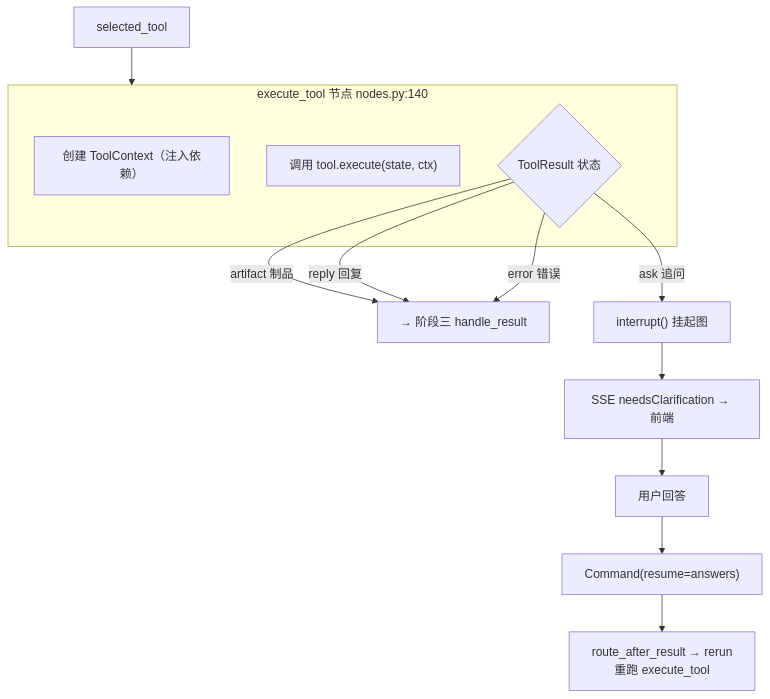
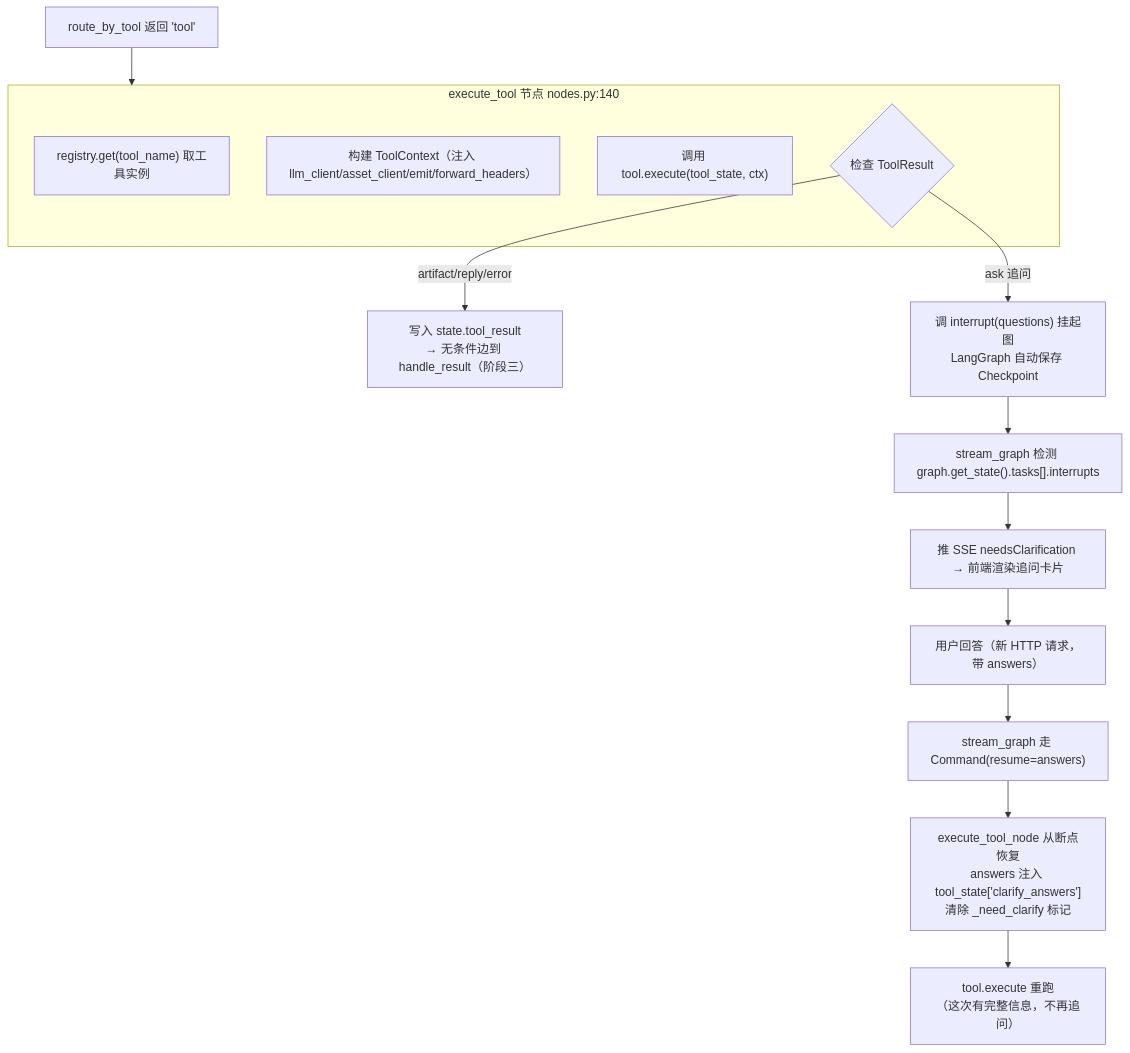
Before and after one commit to 996Code/llm-to-modeler: the fourth of 15 diagrams in doc/系统架构与学习指南.md, drawn with Mermaid. The commit also changed other lines of this file, not shown here.

First line of the commit message:
fix: 全面修正调用链断联 + 状态机图 + 行号 + 衔接说明

````diff
--- a/doc/系统架构与学习指南.md
+++ b/doc/系统架构与学习指南.md
@@ -102,20 +106,21 @@
 ```mermaid
 flowchart TD
-    Tool["selected_tool"] --> Execute
+    Entry["route_by_tool 返回 'tool'"] --> ExecuteNode
 
-    subgraph Execute["execute_tool 节点 nodes.py:140"]
-        E1["创建 ToolContext（注入依赖）"]
-        E2["调用 tool.execute(state, ctx)"]
-        E3{"ToolResult 状态"}
+    subgraph ExecuteNode["execute_tool 节点 nodes.py:140"]
+        E1["registry.get(tool_name) 取工具实例"]
+        E2["构建 ToolContext（注入 llm_client/asset_client/emit/forward_headers）"]
+        E3["调用 tool.execute(tool_state, ctx)"]
+        E4{"检查 ToolResult"}
     end
 
-    E3 -->|artifact 制品| Handle["→ 阶段三 handle_result"]
-    E3 -->|reply 回复| Handle
-    E3 -->|ask 追问| Interrupt["interrupt() 挂起图"]
-    E3 -->|error 错误| Handle
+    E4 -->|artifact/reply/error| ToHandle["写入 state.tool_result<br/>→ 无条件边到 handle_result（阶段三）"]
+    E4 -->|ask 追问| Interrupt["调 interrupt(questions) 挂起图<br/>LangGraph 自动保存 Checkpoint"]
 
-    Interrupt --> SSE["SSE needsClarification → 前端"]
-    SSE --> User["用户回答"]
-    User --> Resume["Command(resume=answers)"]
-    Resume --> Rerun["route_after_result → rerun<br/>重跑 execute_tool"]
+    Interrupt --> Check["stream_graph 检测 graph.get_state().tasks[].interrupts"]
+    Check --> SSE["推 SSE needsClarification → 前端渲染追问卡片"]
+    SSE --> User["用户回答（新 HTTP 请求，带 answers）"]
+    User --> Resume["stream_graph 走 Command(resume=answers)"]
+    Resume --> Inject["execute_tool_node 从断点恢复<br/>answers 注入 tool_state['clarify_answers']<br/>清除 _need_clarify 标记"]
+    Inject --> Rerun["tool.execute 重跑<br/>（这次有完整信息，不再追问）"]
 ```
````
